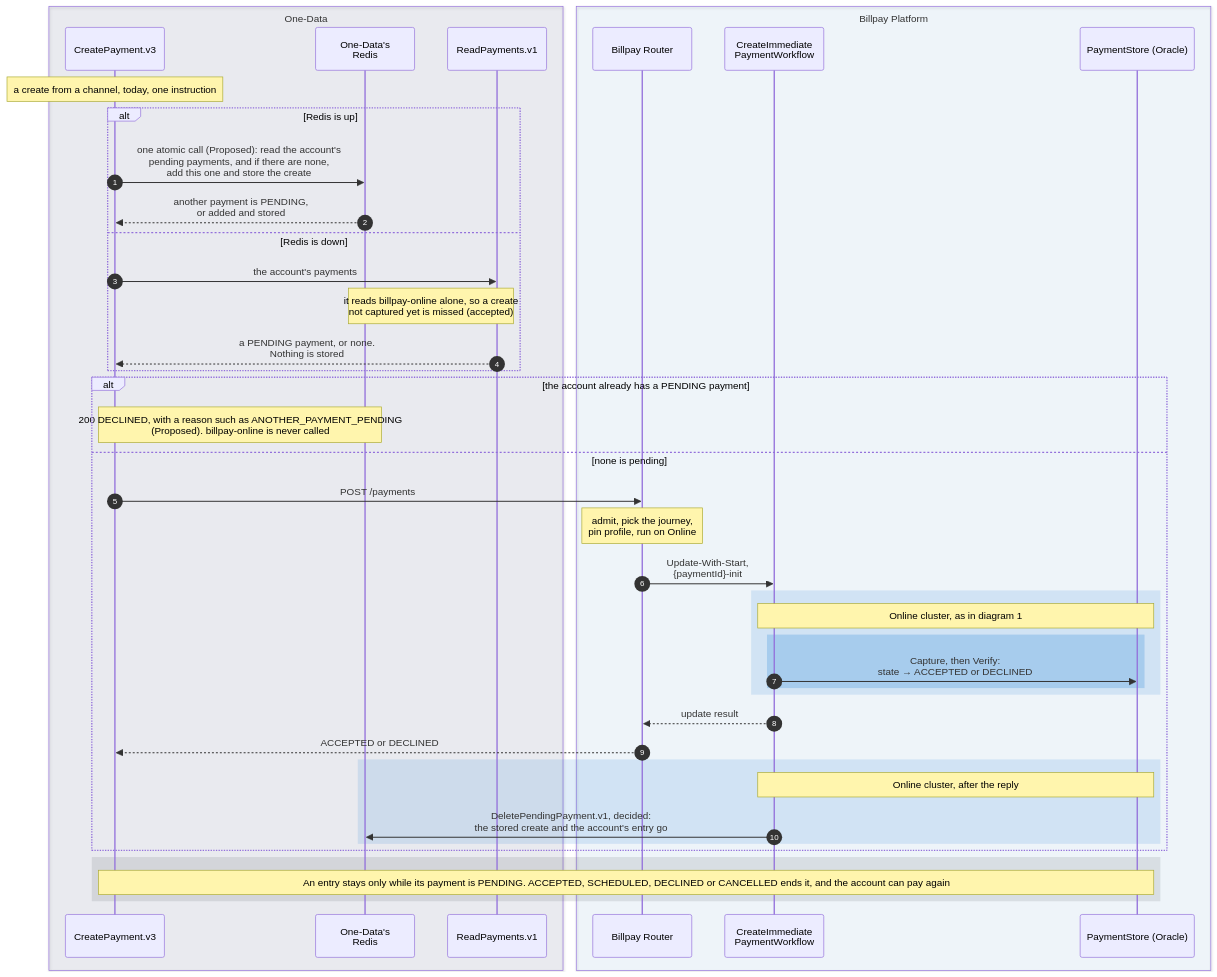
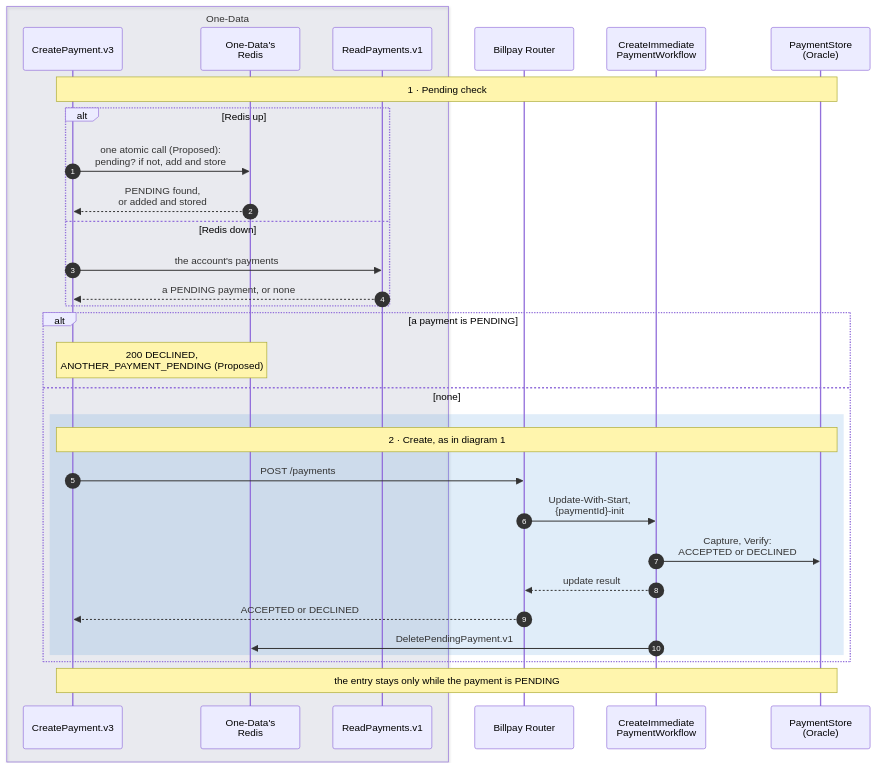
Before and after one commit to arunav-bhattacharya/billpay-book: diagram 15 of 16 in website/docs/design/sequence-diagrams.md, drawn with Mermaid. The commit also changed other lines of this file and 43 other files, not shown here.

First line of the commit message:
One sequence-diagram style; journeys editable as YAML

````diff
--- a/website/docs/design/sequence-diagrams.md
+++ b/website/docs/design/sequence-diagrams.md
@@ -980,56 +834,44 @@
 ```mermaid
 ---
 config:
   fontFamily: "BentonSansUI, Helvetica, Arial, sans-serif"
   fontSize: 15
 ---
 sequenceDiagram
   autonumber
 
   box rgba(0,23,90,0.07) One-Data
     participant OD as CreatePayment.v3
     participant RD as One-Data's<br/>Redis
     participant RP as ReadPayments.v1
   end
 
-  box rgba(0,111,207,0.05) Billpay Platform
-    participant R as Billpay Router
-    participant WF as CreateImmediate<br/>PaymentWorkflow
-    participant PS as PaymentStore (Oracle)
+  participant R as Billpay Router
+  participant WF as CreateImmediate<br/>PaymentWorkflow
+  participant PS as PaymentStore<br/>(Oracle)
+
+  Note over OD,PS: 1 · Pending check
+  alt Redis up
+    OD->>RD: one atomic call (Proposed):<br/>pending? if not, add and store
+    RD-->>OD: PENDING found,<br/>or added and stored
+  else Redis down
+    OD->>RP: the account's payments
+    RP-->>OD: a PENDING payment, or none
   end
 
-  Note over OD: a create from a channel, today, one instruction
-
-  alt Redis is up
-    OD->>RD: one atomic call (Proposed): read the account's<br/>pending payments, and if there are none,<br/>add this one and store the create
-    RD-->>OD: another payment is PENDING,<br/>or added and stored
-  else Redis is down
-    OD->>RP: the account's payments
-    Note over RD,RP: it reads billpay-online alone, so a create<br/>not captured yet is missed (accepted)
-    RP-->>OD: a PENDING payment, or none.<br/>Nothing is stored
-  end
-
-  alt the account already has a PENDING payment
-    Note over OD,RD: 200 DECLINED, with a reason such as ANOTHER_PAYMENT_PENDING<br/>(Proposed). billpay-online is never called
-  else none is pending
-    OD->>R: POST /payments
-    Note over R: admit, pick the journey,<br/>pin profile, run on Online
-    R->>WF: Update-With-Start,<br/>{paymentId}-init
+  alt a payment is PENDING
+    Note over OD,RD: 200 DECLINED,<br/>ANOTHER_PAYMENT_PENDING (Proposed)
+  else none
     rect rgba(0,111,207,0.12)
-      Note over WF,PS: Online cluster, as in diagram 1
-      rect rgba(102,169,226,0.40)
-        WF->>PS: Capture, then Verify:<br/>state → ACCEPTED or DECLINED
-      end
-    end
-    WF-->>R: update result
-    R-->>OD: ACCEPTED or DECLINED
-    rect rgba(0,111,207,0.12)
-      Note over WF,PS: Online cluster, after the reply
-      WF->>RD: DeletePendingPayment.v1, decided:<br/>the stored create and the account's entry go
+      Note over OD,PS: 2 · Create, as in diagram 1
+      OD->>R: POST /payments
+      R->>WF: Update-With-Start,<br/>{paymentId}-init
+      WF->>PS: Capture, Verify:<br/>ACCEPTED or DECLINED
+      WF-->>R: update result
+      R-->>OD: ACCEPTED or DECLINED
+      WF->>RD: DeletePendingPayment.v1
     end
   end
 
-  rect rgba(83,86,90,0.14)
-    Note over OD,PS: An entry stays only while its payment is PENDING. ACCEPTED, SCHEDULED, DECLINED or CANCELLED ends it, and the account can pay again
-  end
+  Note over OD,PS: the entry stays only while the payment is PENDING
 ```
````
